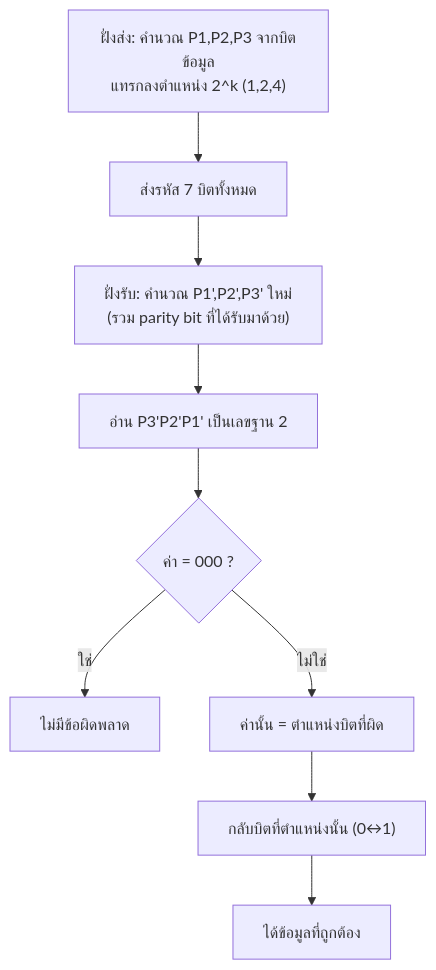
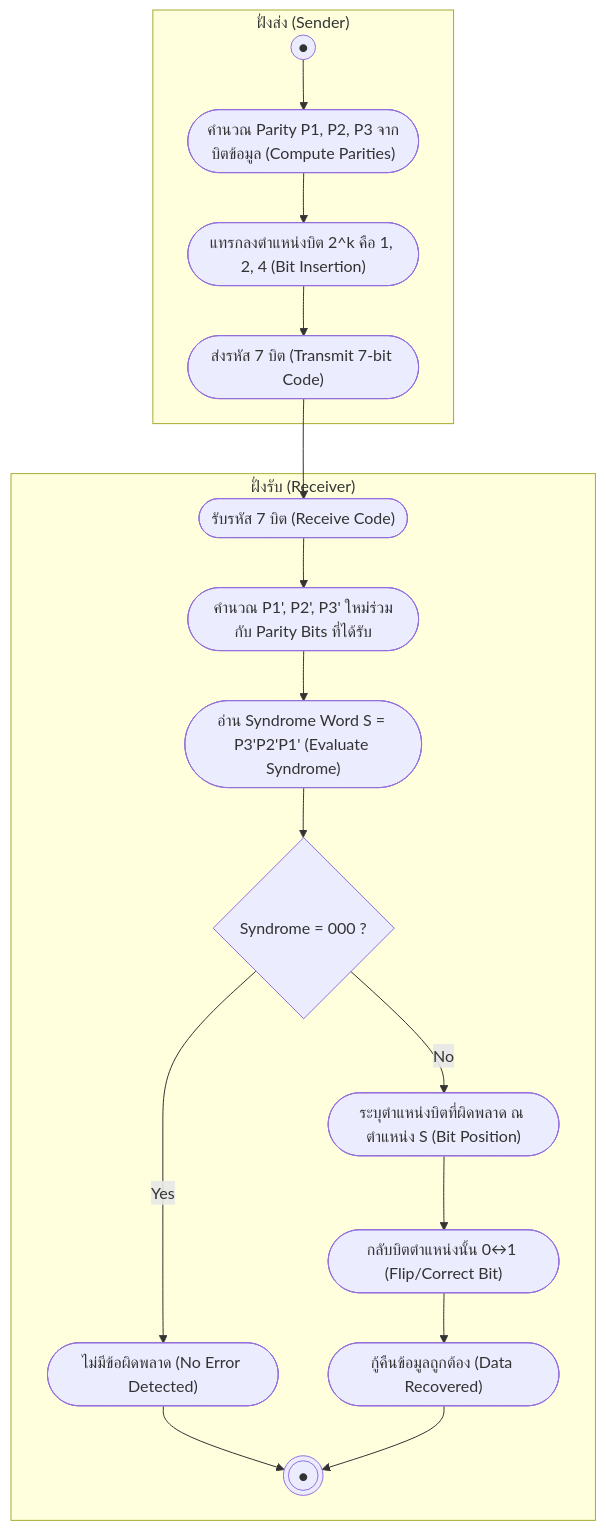
The second of 2 diagrams in 01_Lectures/Week1/Error-Detect-Correct.md (PhuriphatTyPeZ3r0/Course-1322201-Digital-Logic-Design-2026), drawn with Mermaid before and after one commit. The commit also changed other lines of this file and 18 other files, not shown here.

Commit message:
refactor: standardize diagrams to UML specifications across notes and templates

````diff
--- a/01_Lectures/Week1/Error-Detect-Correct.md
+++ b/01_Lectures/Week1/Error-Detect-Correct.md
@@ -58,11 +65,21 @@
 ```mermaid
 flowchart TD
-    Encode["ฝั่งส่ง: คำนวณ P1,P2,P3 จากบิตข้อมูล<br/>แทรกลงตำแหน่ง 2^k (1,2,4)"] --> Send["ส่งรหัส 7 บิตทั้งหมด"]
-    Send --> Recv["ฝั่งรับ: คำนวณ P1',P2',P3' ใหม่<br/>(รวม parity bit ที่ได้รับมาด้วย)"]
-    Recv --> Combine["อ่าน P3'P2'P1' เป็นเลขฐาน 2"]
-    Combine --> IsZero{"ค่า = 000 ?"}
-    IsZero -->|ใช่| NoErr["ไม่มีข้อผิดพลาด"]
-    IsZero -->|ไม่ใช่| Pos["ค่านั้น = ตำแหน่งบิตที่ผิด"]
-    Pos --> Fix["กลับบิตที่ตำแหน่งนั้น (0↔1)"]
-    Fix --> Fixed["ได้ข้อมูลที่ถูกต้อง"]
+    subgraph Sender["ฝั่งส่ง (Sender)"]
+        Start((●)) --> CalcP(["คำนวณ Parity P1, P2, P3 จากบิตข้อมูล (Compute Parities)"])
+        CalcP --> InsertP(["แทรกลงตำแหน่งบิต 2^k คือ 1, 2, 4 (Bit Insertion)"])
+        InsertP --> Transmit(["ส่งรหัส 7 บิต (Transmit 7-bit Code)"])
+    end
+
+    subgraph Receiver["ฝั่งรับ (Receiver)"]
+        Transmit --> Recv(["รับรหัส 7 บิต (Receive Code)"])
+        Recv --> CheckP(["คำนวณ P1', P2', P3' ใหม่ร่วมกับ Parity Bits ที่ได้รับ"])
+        CheckP --> Syndrome(["อ่าน Syndrome Word S = P3'P2'P1' (Evaluate Syndrome)"])
+        Syndrome --> IsZero{"Syndrome = 000 ?"}
+        IsZero -->|Yes| NoErr(["ไม่มีข้อผิดพลาด (No Error Detected)"])
+        IsZero -->|No| Identify(["ระบุตำแหน่งบิตที่ผิดพลาด ณ ตำแหน่ง S (Bit Position)"])
+        Identify --> InvertBit(["กลับบิตตำแหน่งนั้น 0↔1 (Flip/Correct Bit)"])
+        InvertBit --> Corrected(["กู้คืนข้อมูลถูกต้อง (Data Recovered)"])
+        NoErr --> Stop(((●)))
+        Corrected --> Stop
+    end
 ```
````
